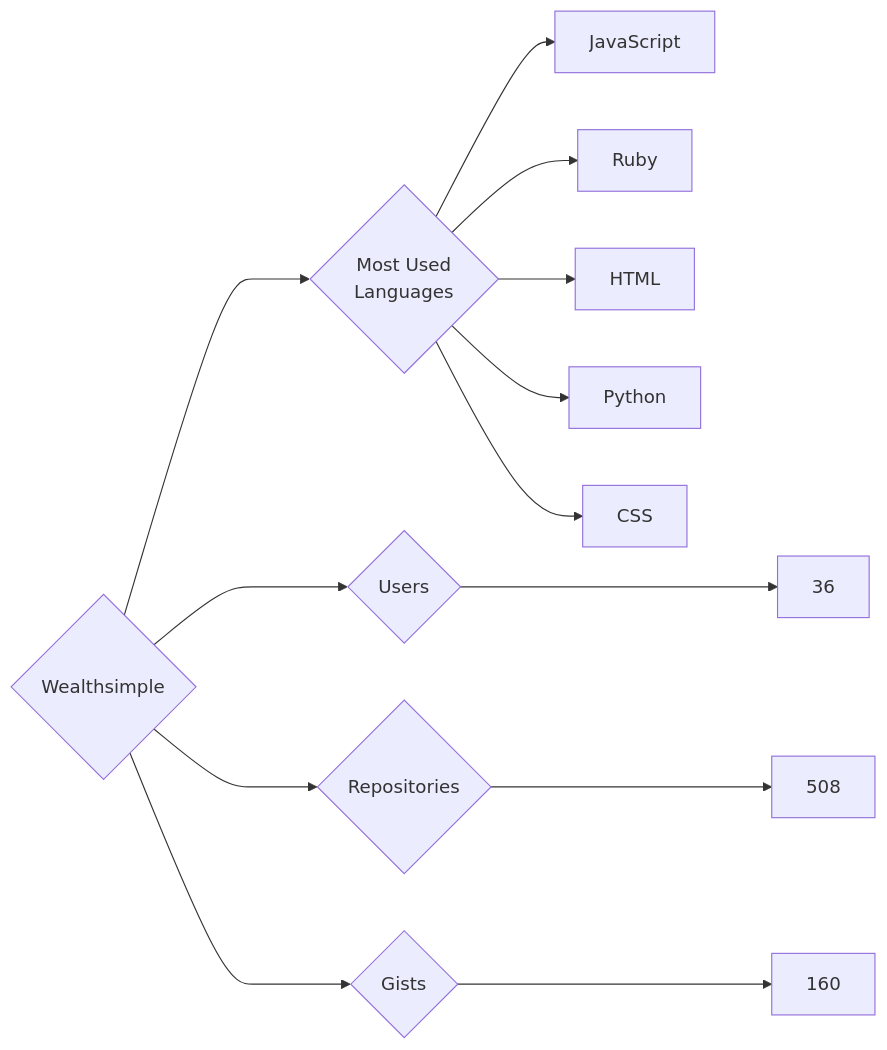
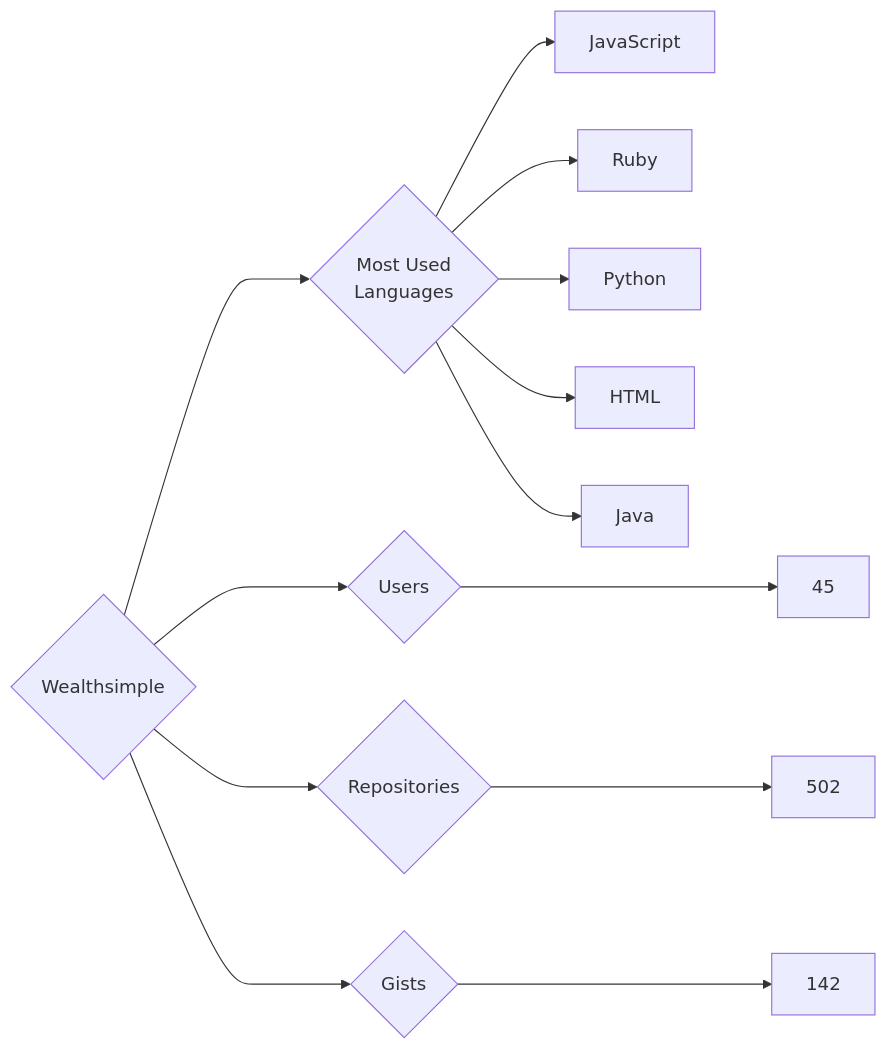
One commit to trickest/insiders changed the diagram in targets/Wealthsimple/README.md. Above: the diagram before and after it, drawn with Mermaid. The commit also changed 728 other files, not shown here.

````diff
--- a/targets/Wealthsimple/README.md
+++ b/targets/Wealthsimple/README.md
@@ -3,13 +3,13 @@
 ```mermaid
 graph LR
 COMPANY_NAME{Wealthsimple}
-COMPANY_NAME ---> U{Users} ---> UN[36]
-COMPANY_NAME ---> R{Repositories} ---> RN[508]
-COMPANY_NAME ---> G{Gists} ---> GN[160]
+COMPANY_NAME ---> U{Users} ---> UN[45]
+COMPANY_NAME ---> R{Repositories} ---> RN[502]
+COMPANY_NAME ---> G{Gists} ---> GN[142]
 COMPANY_NAME ---> ML{Most Used<br>Languages}
 ML --> JavaScript[JavaScript]
 ML --> Ruby[Ruby]
+ML --> Python[Python]
 ML --> HTML[HTML]
-ML --> Python[Python]
-ML --> CSS[CSS]
+ML --> Java[Java]
 ```
````
